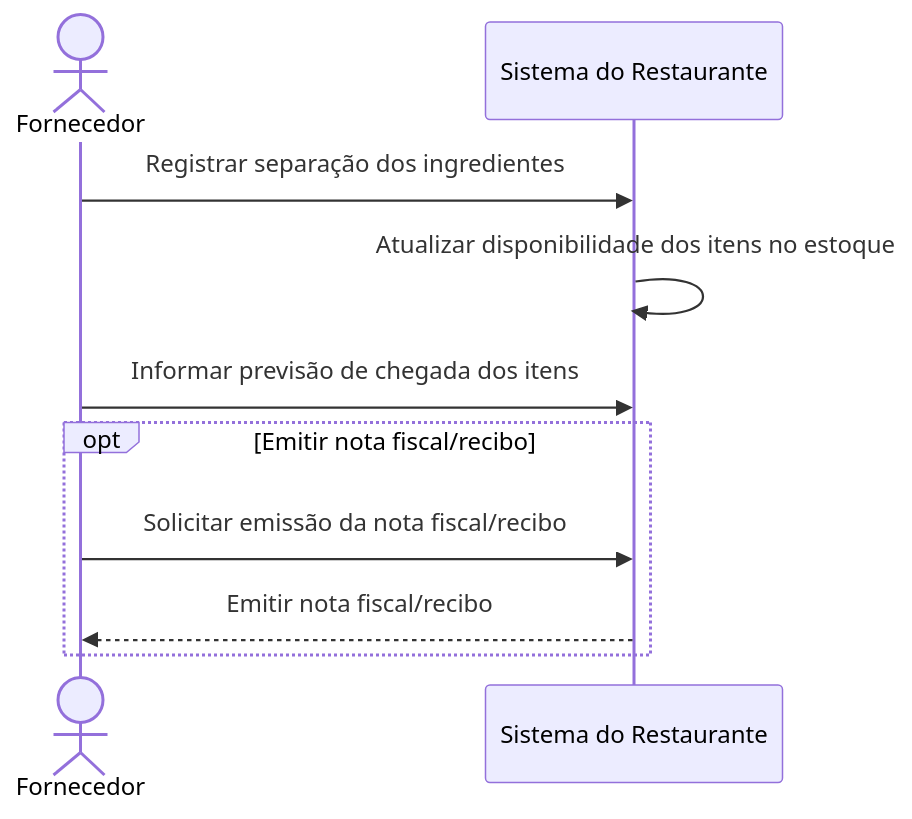
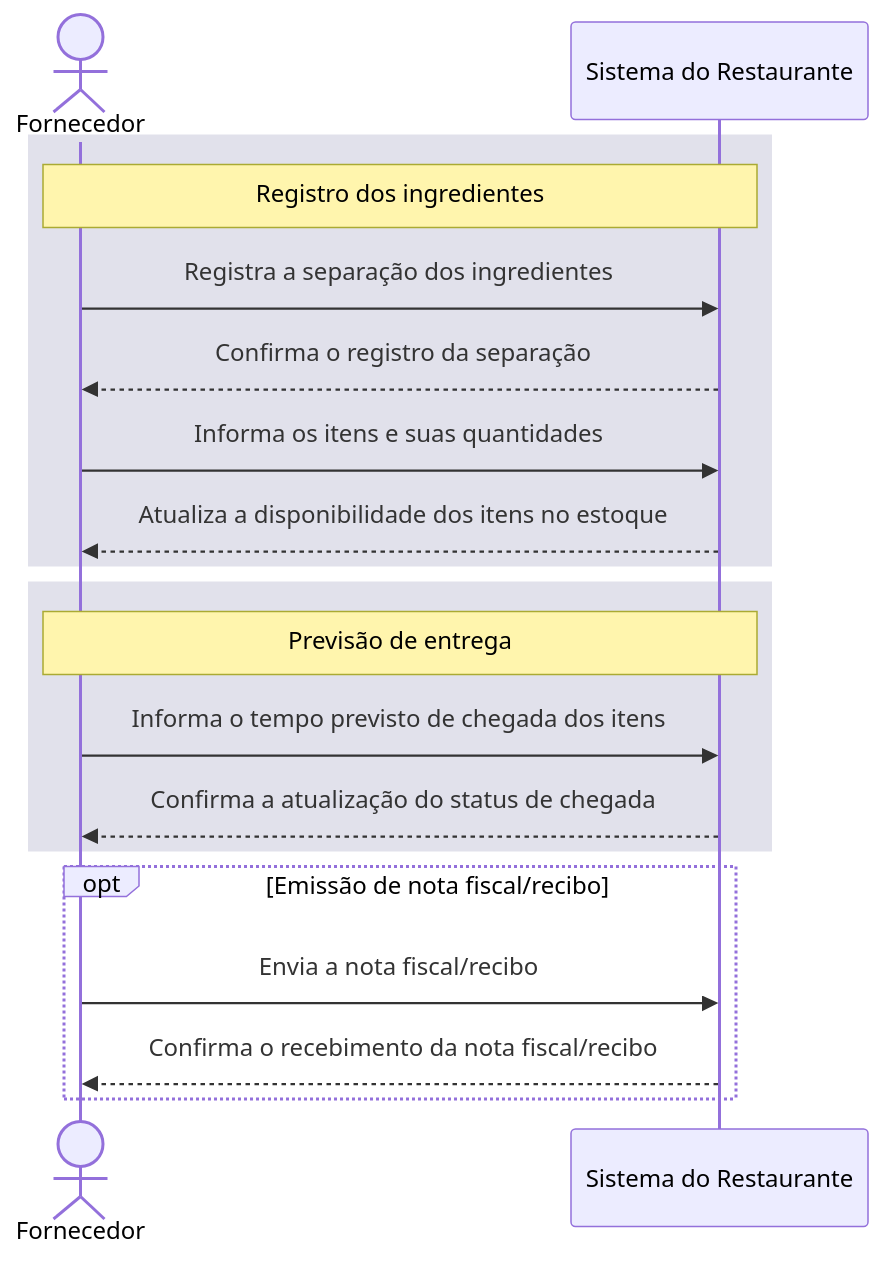
Before and after one commit to GusCage/teste: the diagram in sla.md, drawn with Mermaid.

Commit message:
Enhance sequence diagram with ingredient registration flow

````diff
--- a/sla.md
+++ b/sla.md
@@ -2,14 +2,24 @@
 ```mermaid
 sequenceDiagram
     actor Fornecedor
     participant Sistema as Sistema do Restaurante
 
-    Fornecedor->>Sistema: Registrar separação dos ingredientes
-    Sistema->>Sistema: Atualizar disponibilidade dos itens no estoque
-    Fornecedor->>Sistema: Informar previsão de chegada dos itens
+    rect rgb(225, 225, 235)
+        Note over Fornecedor,Sistema: Registro dos ingredientes
+        Fornecedor->>Sistema: Registra a separação dos ingredientes
+        Sistema-->>Fornecedor: Confirma o registro da separação
+        Fornecedor->>Sistema: Informa os itens e suas quantidades
+        Sistema-->>Fornecedor: Atualiza a disponibilidade dos itens no estoque
+    end
 
-    opt Emitir nota fiscal/recibo
-        Fornecedor->>Sistema: Solicitar emissão da nota fiscal/recibo
-        Sistema-->>Fornecedor: Emitir nota fiscal/recibo
+    rect rgb(225, 225, 235)
+        Note over Fornecedor,Sistema: Previsão de entrega
+        Fornecedor->>Sistema: Informa o tempo previsto de chegada dos itens
+        Sistema-->>Fornecedor: Confirma a atualização do status de chegada
+    end
+
+    opt Emissão de nota fiscal/recibo
+        Fornecedor->>Sistema: Envia a nota fiscal/recibo
+        Sistema-->>Fornecedor: Confirma o recebimento da nota fiscal/recibo
     end
 ```
````
